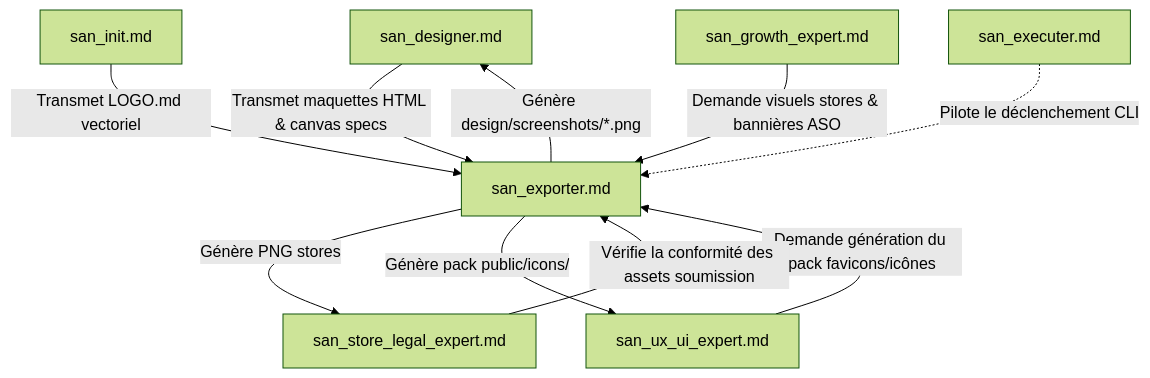
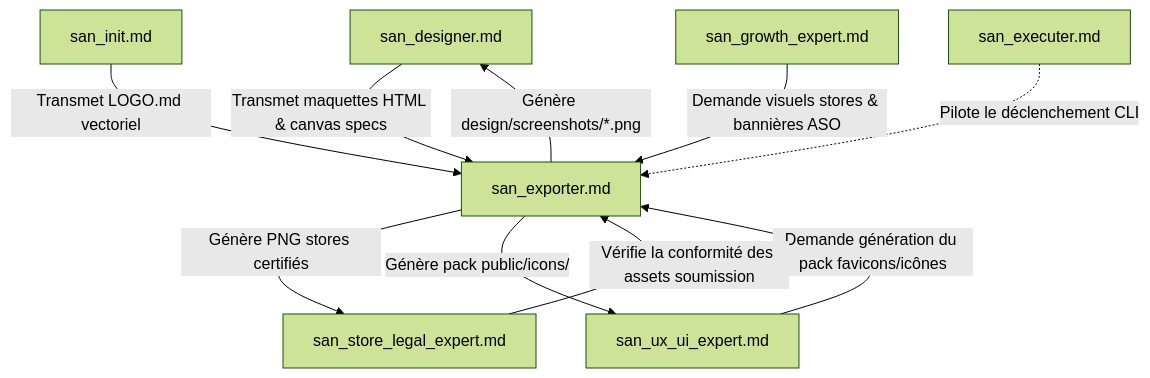
The first of 3 diagrams in sub-skills/san_exporter.md (alexsan-dev/san_agy_framework), drawn with Mermaid (forest theme) before and after one commit. The commit also changed other lines of this file and 41 other files, not shown here.

````diff
--- a/sub-skills/san_exporter.md
+++ b/sub-skills/san_exporter.md
@@ -78,12 +75,12 @@
 ```mermaid
 flowchart TD
     DESIGN["san_designer.md"] -->|Transmet maquettes HTML & canvas specs| EXPORT["san_exporter.md"]
     INIT["san_init.md"] -->|Transmet LOGO.md vectoriel| EXPORT
     UX["san_ux_ui_expert.md"] -->|Demande génération du pack favicons/icônes| EXPORT
     GROWTH["san_growth_expert.md"] -->|Demande visuels stores & bannières ASO| EXPORT
     STORE["san_store_legal_expert.md"] -->|Vérifie la conformité des assets soumission| EXPORT
     EXEC["san_executer.md"] -.->|Pilote le déclenchement CLI| EXPORT
-    EXPORT -->|Génère PNG stores| STORE
+    EXPORT -->|Génère PNG stores certifiés| STORE
     EXPORT -->|Génère pack public/icons/| UX
     EXPORT -->|Génère design/screenshots/*.png| DESIGN
 ```
````
